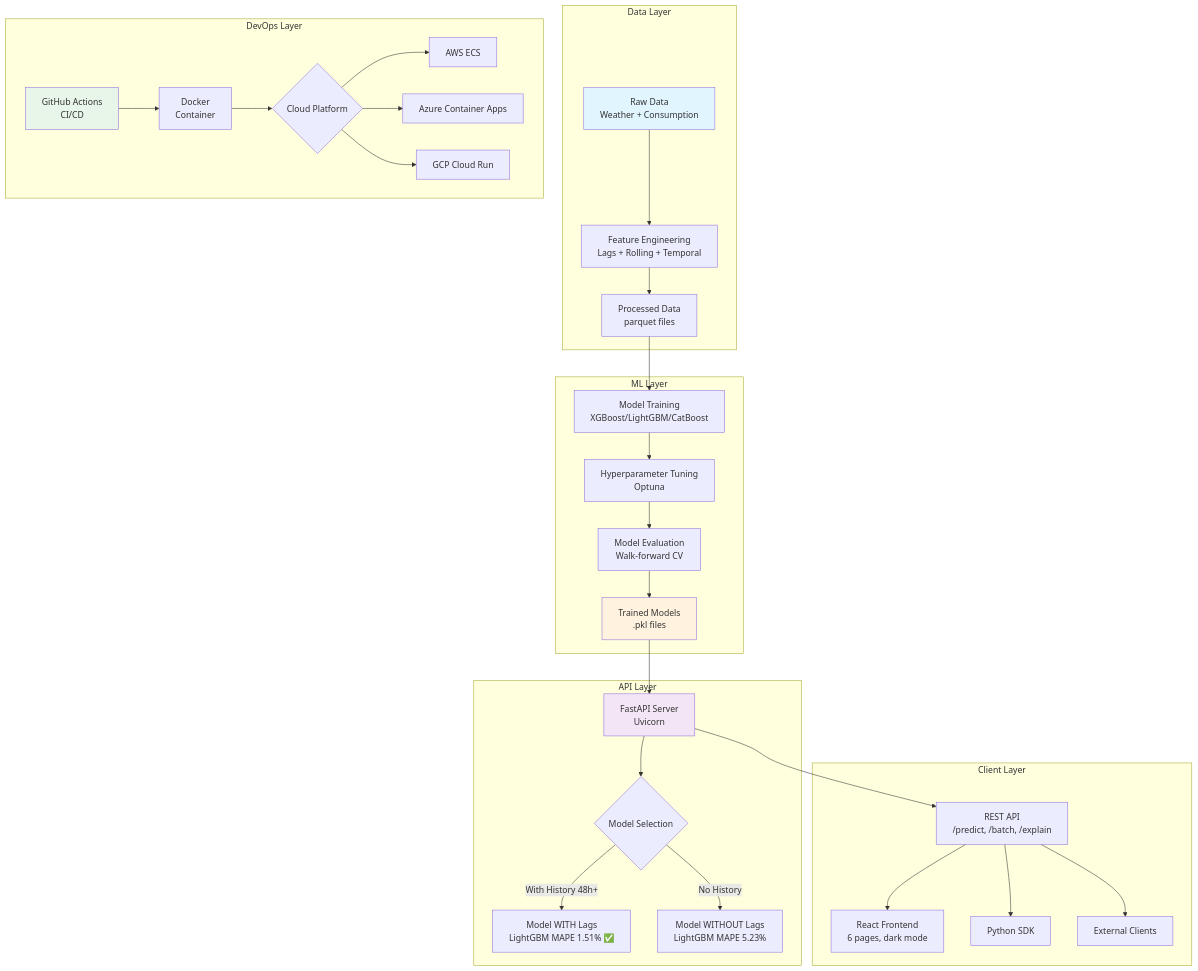
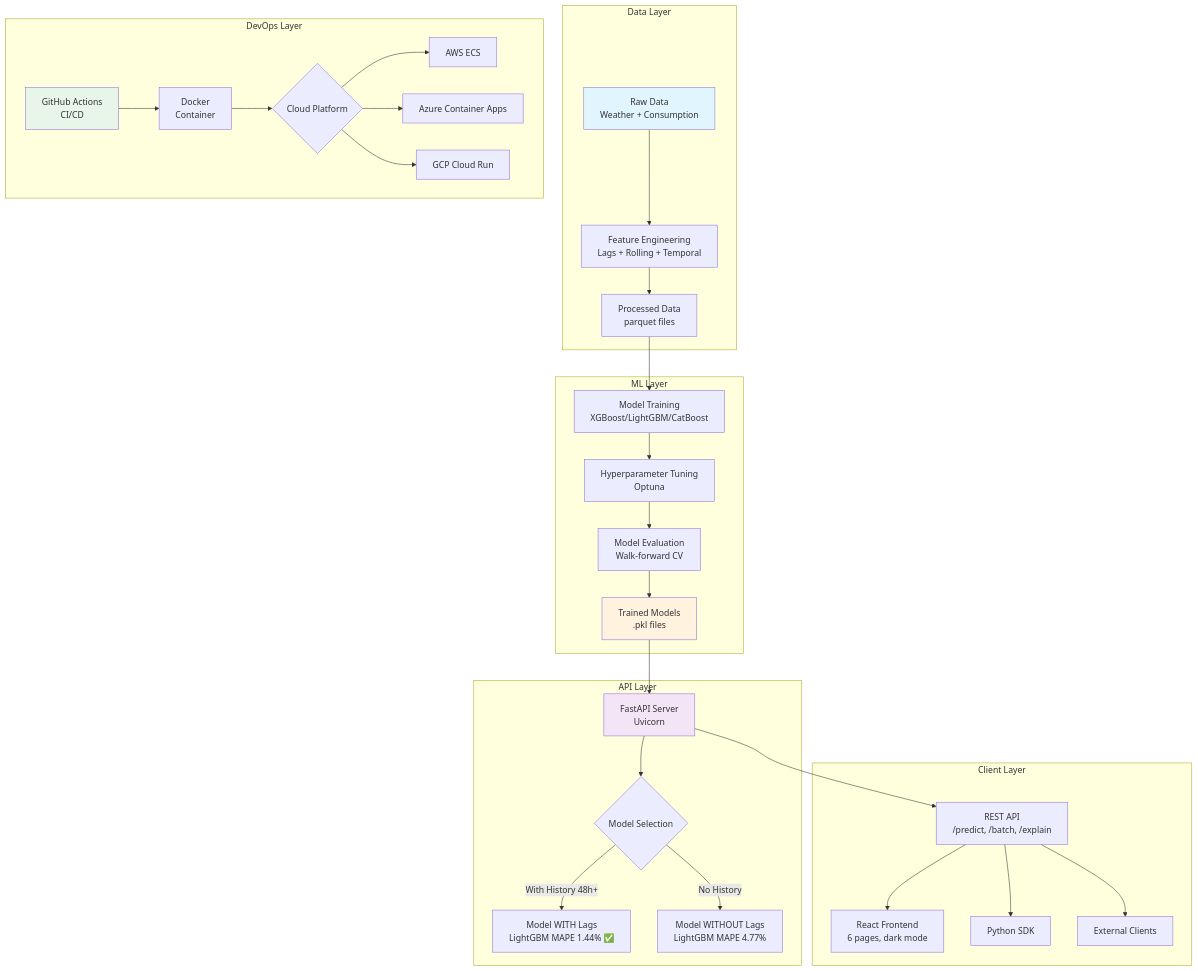
The first of 5 diagrams in docs/ARCHITECTURE.md (Pedrom2002/energy-forecast-pt), drawn with Mermaid before and after one commit. The commit also changed other lines of this file and 10 other files, not shown here.

````diff
--- a/docs/ARCHITECTURE.md
+++ b/docs/ARCHITECTURE.md
@@ -9,41 +9,41 @@
 ```mermaid
 graph TB
     subgraph "Data Layer"
         A[Raw Data<br/>Weather + Consumption] --> B[Feature Engineering<br/>Lags + Rolling + Temporal]
         B --> C[Processed Data<br/>parquet files]
     end
 
     subgraph "ML Layer"
         C --> D[Model Training<br/>XGBoost/LightGBM/CatBoost]
         D --> E[Hyperparameter Tuning<br/>Optuna]
         E --> F[Model Evaluation<br/>Walk-forward CV]
         F --> G[Trained Models<br/>.pkl files]
     end
 
     subgraph "API Layer"
         G --> H[FastAPI Server<br/>Uvicorn]
         H --> I{Model Selection}
-        I -->|With History 48h+| J[Model WITH Lags<br/>LightGBM MAPE 1.51% ✅]
-        I -->|No History| K[Model WITHOUT Lags<br/>LightGBM MAPE 5.23%]
+        I -->|With History 48h+| J[Model WITH Lags<br/>LightGBM MAPE 1.44% ✅]
+        I -->|No History| K[Model WITHOUT Lags<br/>LightGBM MAPE 4.77%]
     end
 
     subgraph "Client Layer"
         H --> L[REST API<br/>/predict, /batch, /explain]
         L --> M[React Frontend<br/>6 pages, dark mode]
         L --> N[Python SDK]
         L --> O[External Clients]
     end
 
     subgraph "DevOps Layer"
         P[GitHub Actions<br/>CI/CD] --> Q[Docker<br/>Container]
         Q --> R{Cloud Platform}
         R --> S[AWS ECS]
         R --> T[Azure Container Apps]
         R --> U[GCP Cloud Run]
     end
 
     style A fill:#e1f5ff
     style G fill:#fff3e0
     style H fill:#f3e5f5
     style P fill:#e8f5e9
 ```
````
